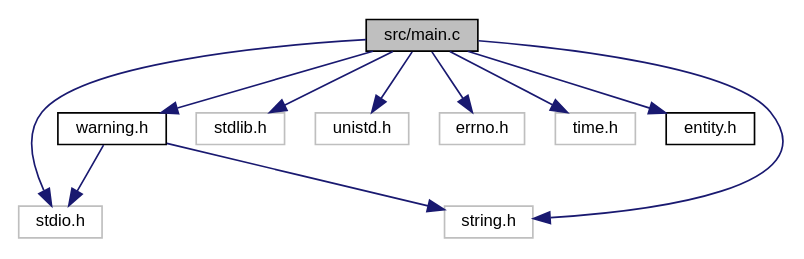
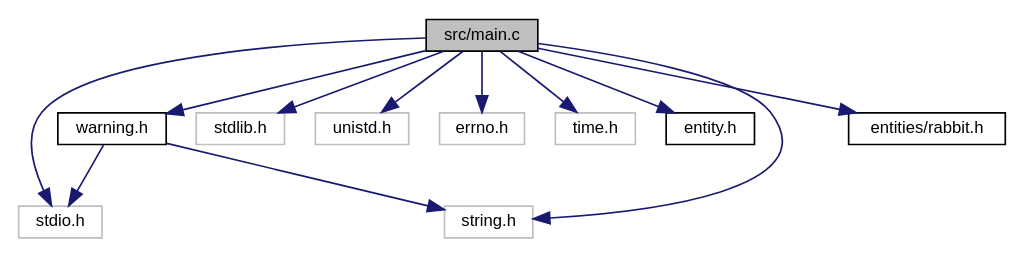
Before and after one commit to LeonelMatos/Ecosystem: the diagram in docs/main_8c__incl.dot, drawn with Graphviz. The commit also changed 108 other files, not shown here.

```diff
--- a/docs/main_8c__incl.dot
+++ b/docs/main_8c__incl.dot
@@ -1,25 +1,27 @@
 digraph "src/main.c"
 {
  // LATEX_PDF_SIZE
   edge [fontname="Helvetica",fontsize="10",labelfontname="Helvetica",labelfontsize="10"];
   node [fontname="Helvetica",fontsize="10",shape=record];
   Node1 [label="src/main.c",height=0.2,width=0.4,color="black", fillcolor="grey75", style="filled", fontcolor="black",tooltip=" "];
   Node1 -> Node2 [color="midnightblue",fontsize="10",style="solid",fontname="Helvetica"];
   Node2 [label="stdio.h",height=0.2,width=0.4,color="grey75", fillcolor="white", style="filled",tooltip=" "];
   Node1 -> Node3 [color="midnightblue",fontsize="10",style="solid",fontname="Helvetica"];
   Node3 [label="string.h",height=0.2,width=0.4,color="grey75", fillcolor="white", style="filled",tooltip=" "];
   Node1 -> Node4 [color="midnightblue",fontsize="10",style="solid",fontname="Helvetica"];
   Node4 [label="stdlib.h",height=0.2,width=0.4,color="grey75", fillcolor="white", style="filled",tooltip=" "];
   Node1 -> Node5 [color="midnightblue",fontsize="10",style="solid",fontname="Helvetica"];
   Node5 [label="unistd.h",height=0.2,width=0.4,color="grey75", fillcolor="white", style="filled",tooltip=" "];
   Node1 -> Node6 [color="midnightblue",fontsize="10",style="solid",fontname="Helvetica"];
   Node6 [label="errno.h",height=0.2,width=0.4,color="grey75", fillcolor="white", style="filled",tooltip=" "];
   Node1 -> Node7 [color="midnightblue",fontsize="10",style="solid",fontname="Helvetica"];
   Node7 [label="time.h",height=0.2,width=0.4,color="grey75", fillcolor="white", style="filled",tooltip=" "];
   Node1 -> Node8 [color="midnightblue",fontsize="10",style="solid",fontname="Helvetica"];
   Node8 [label="entity.h",height=0.2,width=0.4,color="black", fillcolor="white", style="filled",URL="$entity_8h.html",tooltip=" "];
   Node1 -> Node9 [color="midnightblue",fontsize="10",style="solid",fontname="Helvetica"];
   Node9 [label="warning.h",height=0.2,width=0.4,color="black", fillcolor="white", style="filled",URL="$warning_8h.html",tooltip=" "];
   Node9 -> Node2 [color="midnightblue",fontsize="10",style="solid",fontname="Helvetica"];
   Node9 -> Node3 [color="midnightblue",fontsize="10",style="solid",fontname="Helvetica"];
+  Node1 -> Node10 [color="midnightblue",fontsize="10",style="solid",fontname="Helvetica"];
+  Node10 [label="entities/rabbit.h",height=0.2,width=0.4,color="black", fillcolor="white", style="filled",URL="$rabbit_8h.html",tooltip=" "];
 }
```
